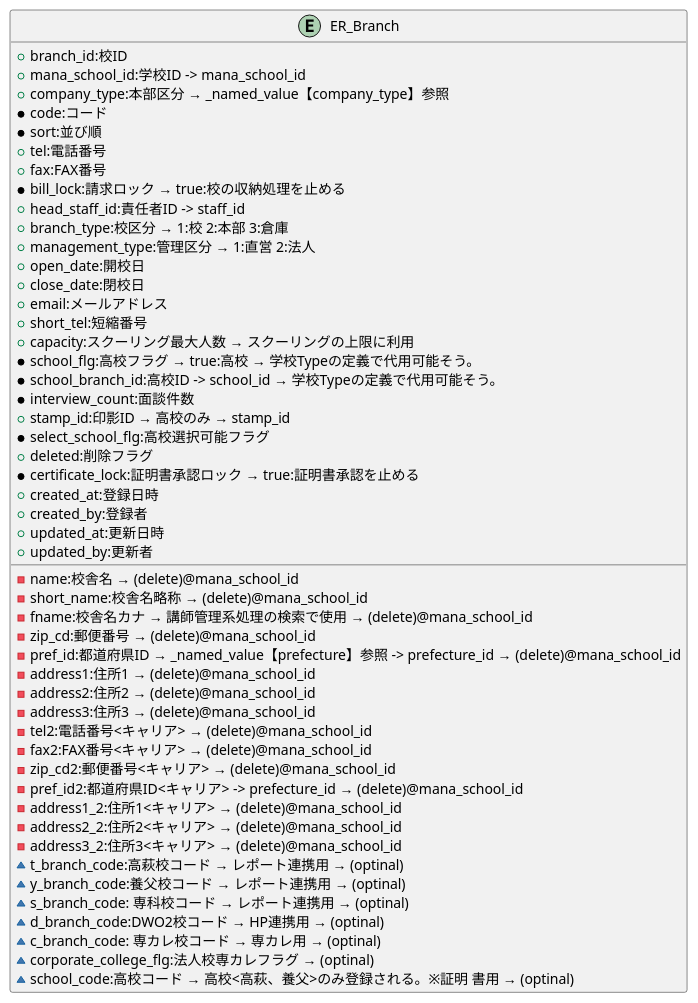
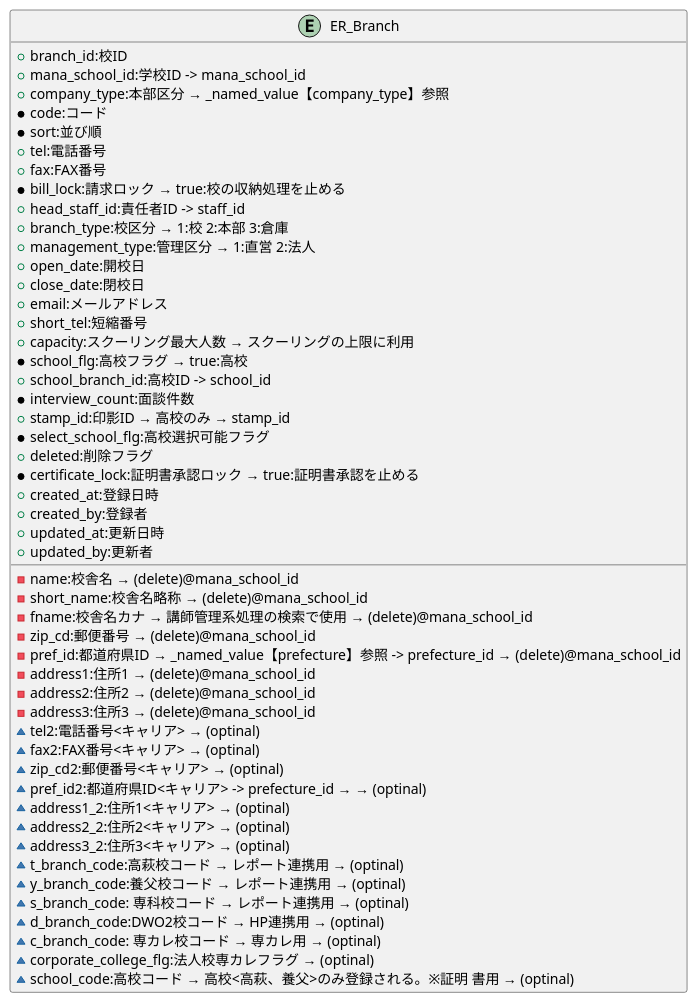
The diagram in Entity/ER_Branch.pu (popoposorara/ERP_ER), drawn with PlantUML before and after one commit. The commit also changed 6 other files, not shown here.

```diff
--- a/Entity/ER_Branch.pu
+++ b/Entity/ER_Branch.pu
@@ -1,55 +1,55 @@
 @startuml
 
 entity "ER_Branch" {
     + branch_id:校ID
     + mana_school_id:学校ID -> mana_school_id
     + company_type:本部区分 → _named_value【company_type】参照
     * code:コード
     * sort:並び順
     - name:校舎名 → (delete)@mana_school_id
     - short_name:校舎名略称 → (delete)@mana_school_id
     - fname:校舎名カナ → 講師管理系処理の検索で使用 → (delete)@mana_school_id
     + tel:電話番号
     + fax:FAX番号
     - zip_cd:郵便番号 → (delete)@mana_school_id
     - pref_id:都道府県ID → _named_value【prefecture】参照 -> prefecture_id → (delete)@mana_school_id
     - address1:住所1 → (delete)@mana_school_id
     - address2:住所2 → (delete)@mana_school_id
     - address3:住所3 → (delete)@mana_school_id
-    - tel2:電話番号<キャリア> → (delete)@mana_school_id
-    - fax2:FAX番号<キャリア> → (delete)@mana_school_id
-    - zip_cd2:郵便番号<キャリア> → (delete)@mana_school_id
-    - pref_id2:都道府県ID<キャリア> -> prefecture_id → (delete)@mana_school_id
-    - address1_2:住所1<キャリア> → (delete)@mana_school_id
-    - address2_2:住所2<キャリア> → (delete)@mana_school_id
-    - address3_2:住所3<キャリア> → (delete)@mana_school_id
+    ~ tel2:電話番号<キャリア> → (optinal)
+    ~ fax2:FAX番号<キャリア> → (optinal)
+    ~ zip_cd2:郵便番号<キャリア> → (optinal)
+    ~ pref_id2:都道府県ID<キャリア> -> prefecture_id → → (optinal)
+    ~ address1_2:住所1<キャリア> → (optinal)
+    ~ address2_2:住所2<キャリア> → (optinal)
+    ~ address3_2:住所3<キャリア> → (optinal)
     * bill_lock:請求ロック → true:校の収納処理を止める
     + head_staff_id:責任者ID -> staff_id
     + branch_type:校区分 → 1:校 2:本部 3:倉庫
     + management_type:管理区分 → 1:直営 2:法人
     + open_date:開校日
     + close_date:閉校日
     + email:メールアドレス
     + short_tel:短縮番号
     + capacity:スクーリング最大人数 → スクーリングの上限に利用
-    * school_flg:高校フラグ → true:高校 → 学校Typeの定義で代用可能そう。
-    * school_branch_id:高校ID -> school_id → 学校Typeの定義で代用可能そう。
+    * school_flg:高校フラグ → true:高校
+    + school_branch_id:高校ID -> school_id
     * interview_count:面談件数
     + stamp_id:印影ID → 高校のみ → stamp_id
     * select_school_flg:高校選択可能フラグ
     ~ t_branch_code:高萩校コード → レポート連携用 → (optinal)
     ~ y_branch_code:養父校コード → レポート連携用 → (optinal)
     ~ s_branch_code: 専科校コード → レポート連携用 → (optinal)
     ~ d_branch_code:DWO2校コード → HP連携用 → (optinal)
     ~ c_branch_code: 専カレ校コード → 専カレ用 → (optinal)
     ~ corporate_college_flg:法人校専カレフラグ → (optinal)
     ~ school_code:高校コード → 高校<高萩、養父>のみ登録される。※証明 書用 → (optinal)
     + deleted:削除フラグ
     * certificate_lock:証明書承認ロック → true:証明書承認を止める
     + created_at:登録日時
     + created_by:登録者
     + updated_at:更新日時
     + updated_by:更新者
 }
 
 @enduml
```
